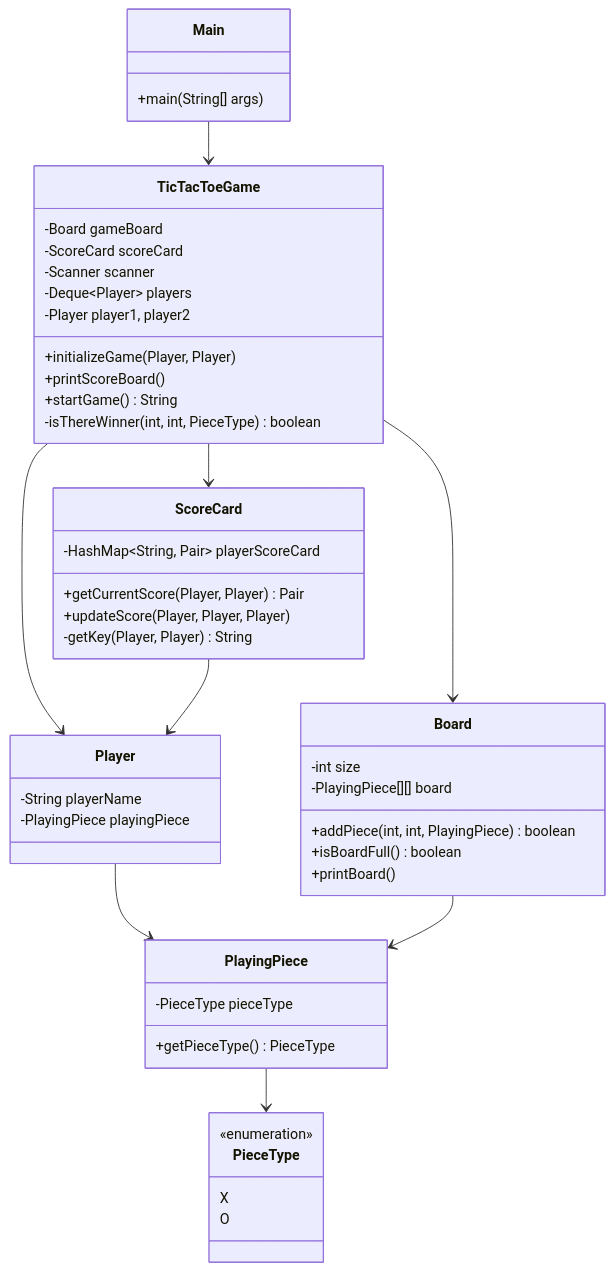
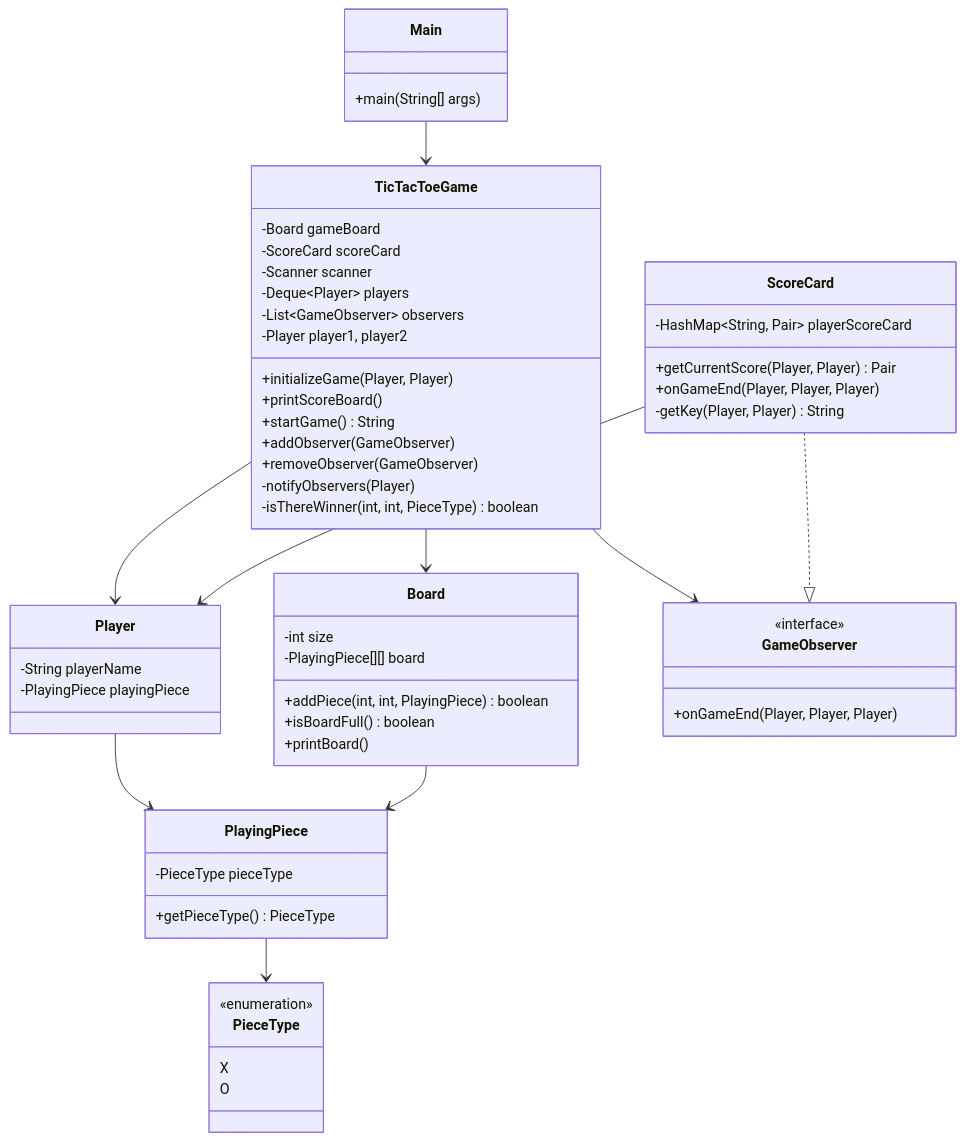
Before and after one commit to deepak07031999/TicTacToe: the diagram in README.md, drawn with Mermaid. The commit also changed other lines of this file and 3 other files, not shown here.

Commit message:
Added observer pattern for scorecard update onGameEnd

````diff
--- a/README.md
+++ b/README.md
@@ -56,58 +59,68 @@
 ```mermaid
 classDiagram
     class Main {
         +main(String[] args)
     }
     
     class TicTacToeGame {
         -Board gameBoard
         -ScoreCard scoreCard
         -Scanner scanner
         -Deque~Player~ players
+        -List~GameObserver~ observers
         -Player player1, player2
         +initializeGame(Player, Player)
         +printScoreBoard()
         +startGame() String
+        +addObserver(GameObserver)
+        +removeObserver(GameObserver)
+        -notifyObservers(Player)
         -isThereWinner(int, int, PieceType) boolean
     }
     
     class Board {
         -int size
         -PlayingPiece[][] board
         +addPiece(int, int, PlayingPiece) boolean
         +isBoardFull() boolean
         +printBoard()
     }
     
     class Player {
         -String playerName
         -PlayingPiece playingPiece
     }
     
     class PlayingPiece {
         -PieceType pieceType
         +getPieceType() PieceType
     }
     
+    class GameObserver {
+        <<interface>>
+        +onGameEnd(Player, Player, Player)
+    }
+    
     class ScoreCard {
         -HashMap~String, Pair~ playerScoreCard
         +getCurrentScore(Player, Player) Pair
-        +updateScore(Player, Player, Player)
+        +onGameEnd(Player, Player, Player)
         -getKey(Player, Player) String
     }
     
     class PieceType {
         <<enumeration>>
         X
         O
     }
     
     Main --> TicTacToeGame
     TicTacToeGame --> Board
     TicTacToeGame --> Player
-    TicTacToeGame --> ScoreCard
+    TicTacToeGame --> GameObserver
+    ScoreCard ..|> GameObserver
     Player --> PlayingPiece
     PlayingPiece --> PieceType
     Board --> PlayingPiece
     ScoreCard --> Player
 ```
````
